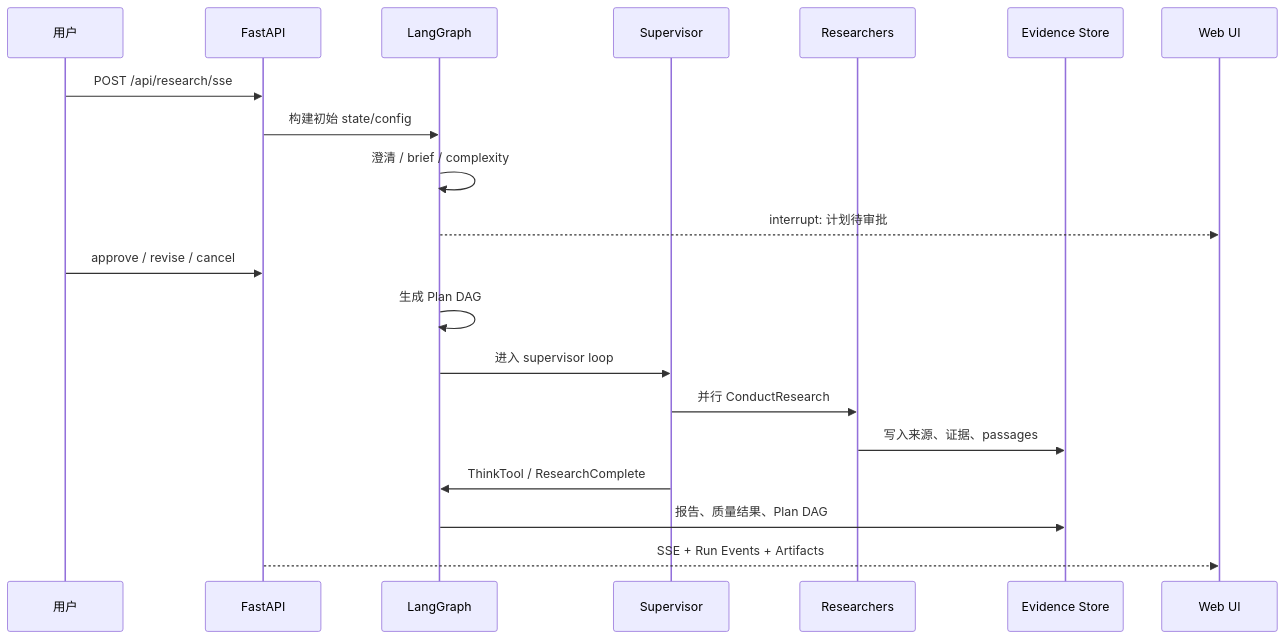
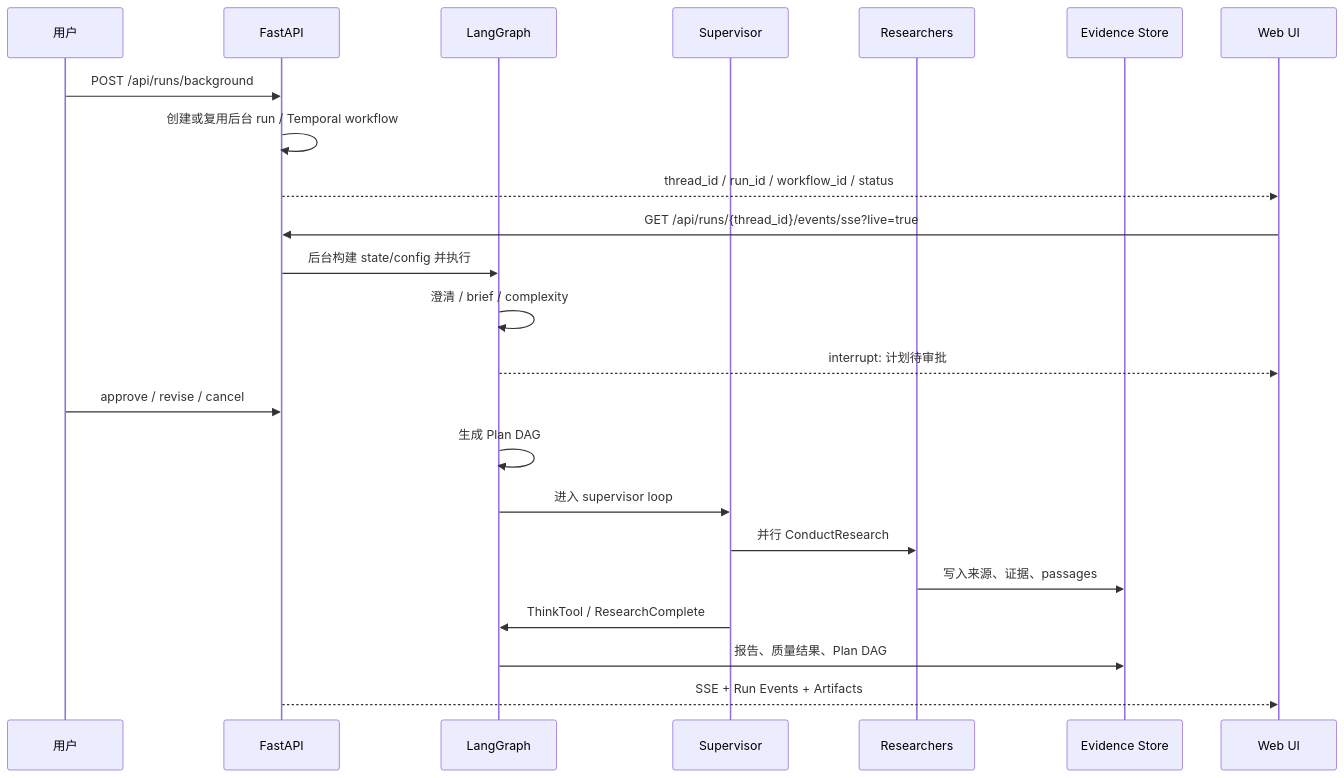
Before and after one commit to LittleSongxx/SoulSearcher: the third of 6 diagrams in README.md, drawn with Mermaid. The commit also changed other lines of this file and 12 other files, not shown here.

````diff
--- a/README.md
+++ b/README.md
@@ -154,23 +154,26 @@
 ```mermaid
 sequenceDiagram
     participant U as 用户
     participant API as FastAPI
     participant G as LangGraph
     participant S as Supervisor
     participant R as Researchers
     participant E as Evidence Store
     participant UI as Web UI
 
-    U->>API: POST /api/research/sse
-    API->>G: 构建初始 state/config
+    U->>API: POST /api/runs/background
+    API->>API: 创建或复用后台 run / Temporal workflow
+    API-->>UI: thread_id / run_id / workflow_id / status
+    UI->>API: GET /api/runs/{thread_id}/events/sse?live=true
+    API->>G: 后台构建 state/config 并执行
     G->>G: 澄清 / brief / complexity
     G-->>UI: interrupt: 计划待审批
     U->>API: approve / revise / cancel
     G->>G: 生成 Plan DAG
     G->>S: 进入 supervisor loop
     S->>R: 并行 ConductResearch
     R->>E: 写入来源、证据、passages
     S->>G: ThinkTool / ResearchComplete
     G->>E: 报告、质量结果、Plan DAG
     API-->>UI: SSE + Run Events + Artifacts
 ```
````
